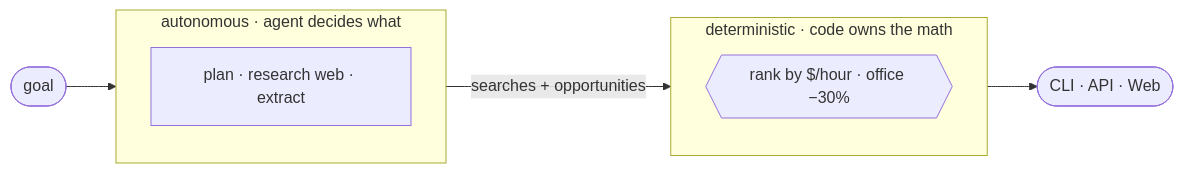
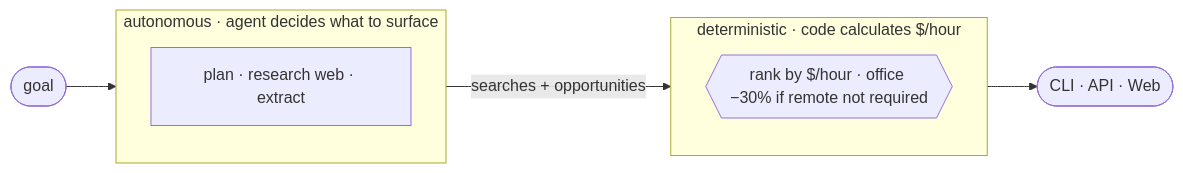
Before and after one commit to pdj555/job-engine: the second of 2 diagrams in README.md, drawn with Mermaid. The commit also changed other lines of this file, not shown here.

Commit message:
State the ranking rules in plain words and qualify the office penalty in the diagram

````diff
--- a/README.md
+++ b/README.md
@@ -65,16 +64,16 @@
 ```mermaid
 flowchart LR
   G([goal]) --> A
 
-  subgraph A[autonomous · agent decides what]
+  subgraph A[autonomous · agent decides what to surface]
     H[plan · research web · extract]
   end
 
   A -->|searches + opportunities| D
 
-  subgraph D[deterministic · code owns the math]
-    R{{rank by $/hour · office −30%}}
+  subgraph D[deterministic · code calculates $/hour]
+    R{{rank by $/hour · office −30% if remote not required}}
   end
 
   D --> O([CLI · API · Web])
 ```
````
